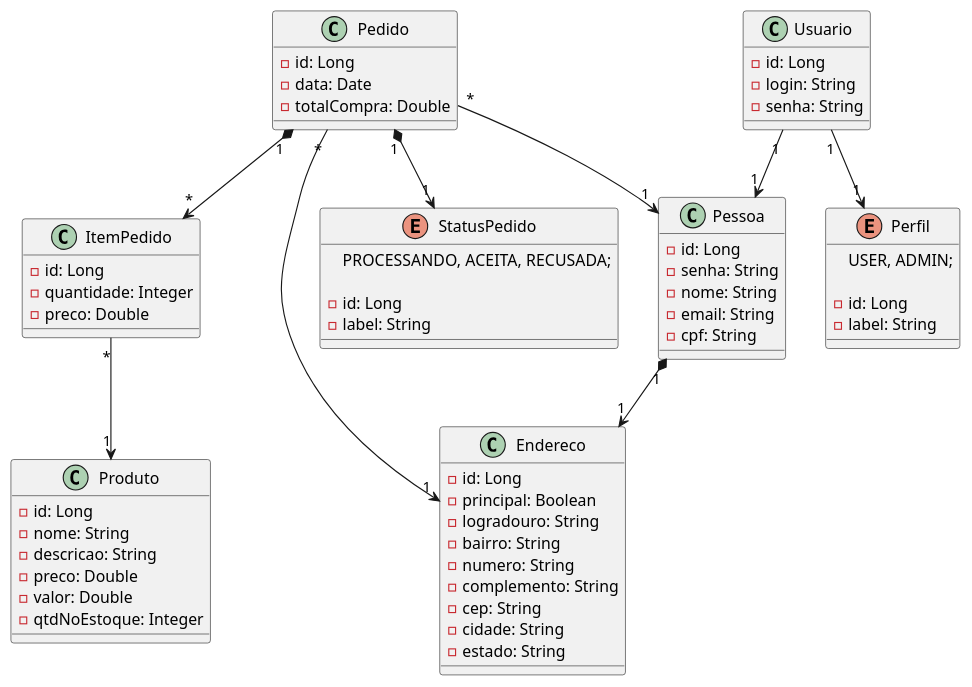
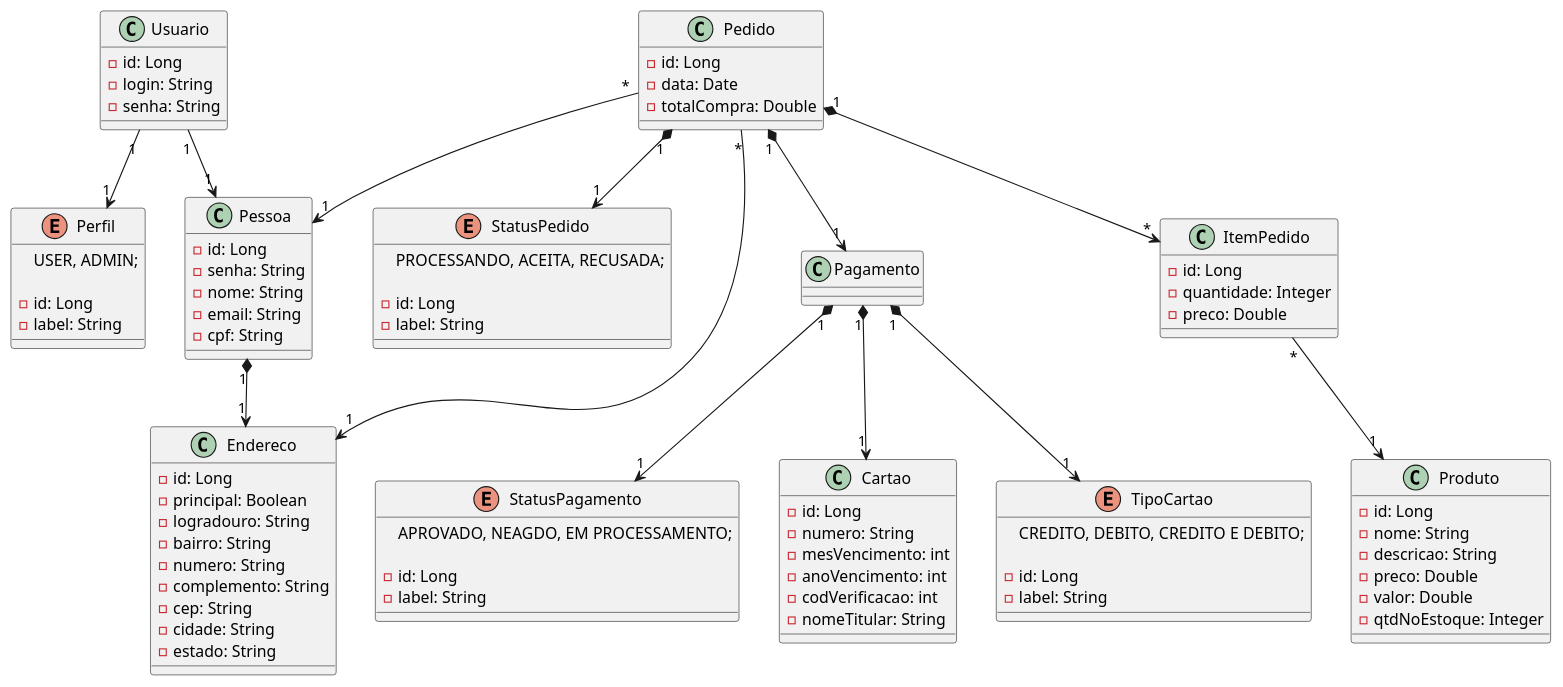
One commit to daniel-ferreira-da-costa/militropa changed the diagram in src/main/java/unitins/tp1/docs/uml_militropa.plantuml. Above: the diagram before and after it, drawn with PlantUML.

```diff
--- a/src/main/java/unitins/tp1/docs/uml_militropa.plantuml
+++ b/src/main/java/unitins/tp1/docs/uml_militropa.plantuml
@@ -1,79 +1,112 @@
 @startuml Tabacaria
 '========Produto========='
 class Produto {
     - id: Long
     - nome: String
     - descricao: String
     - preco: Double
     - valor: Double
     - qtdNoEstoque: Integer
 }
 
 '========Usuario========='
 class Usuario{
     - id: Long
     - login: String
     - senha: String
 }
 
 enum Perfil{
     USER, ADMIN;
 
     - id: Long
     - label: String
 }
 
 class Pessoa{
     - id: Long
     - senha: String
     - nome: String
     - email: String
     - cpf: String
 }
 '========Venda========='
 class Pedido {
     - id: Long
     - data: Date
     - totalCompra: Double
 }
 
 class ItemPedido {
     - id: Long
     - quantidade: Integer
     - preco: Double
 }
 
 enum StatusPedido{
     PROCESSANDO, ACEITA, RECUSADA;
 
     - id: Long
     - label: String
 }
+'========Pagamento========='
+class Pagamento{
+}
 
-'========Endereço========='
+enum StatusPagamento{
+    APROVADO, NEAGDO, EM PROCESSAMENTO;
+
+    - id: Long
+    - label: String
+}
+
+class Cartao{
+    - id: Long
+    - numero: String
+    - mesVencimento: int
+    - anoVencimento: int
+    - codVerificacao: int
+    - nomeTitular: String
+}
+
+enum TipoCartao{
+    CREDITO, DEBITO, CREDITO E DEBITO;
+
+    - id: Long
+    - label: String 
+}
+
+'========Endereco========='
 class Endereco {
     - id: Long
     - principal: Boolean
     - logradouro: String
     - bairro: String
     - numero: String
     - complemento: String
     - cep: String
     - cidade: String
     - estado: String
 }
 
 '========Relacionamentos========='
+
+Pedido "1" *--> "1" Pagamento
 Pedido "1" *--> "*" ItemPedido
 Pedido "1" *--> "1" StatusPedido
 Pedido "*" --> "1" Pessoa
 Pedido "*" --> "1" Endereco
+
+Pagamento "1" *--> "1" StatusPagamento
+Pagamento "1" *--> "1" TipoCartao
+Pagamento "1" *--> "1" Cartao
+
 
 ItemPedido "*" --> "1" Produto
 
 Usuario "1" --> "1" Perfil
 Usuario "1" --> "1" Pessoa
 Pessoa "1" *--> "1" Endereco
 
 
 @enduml
```
